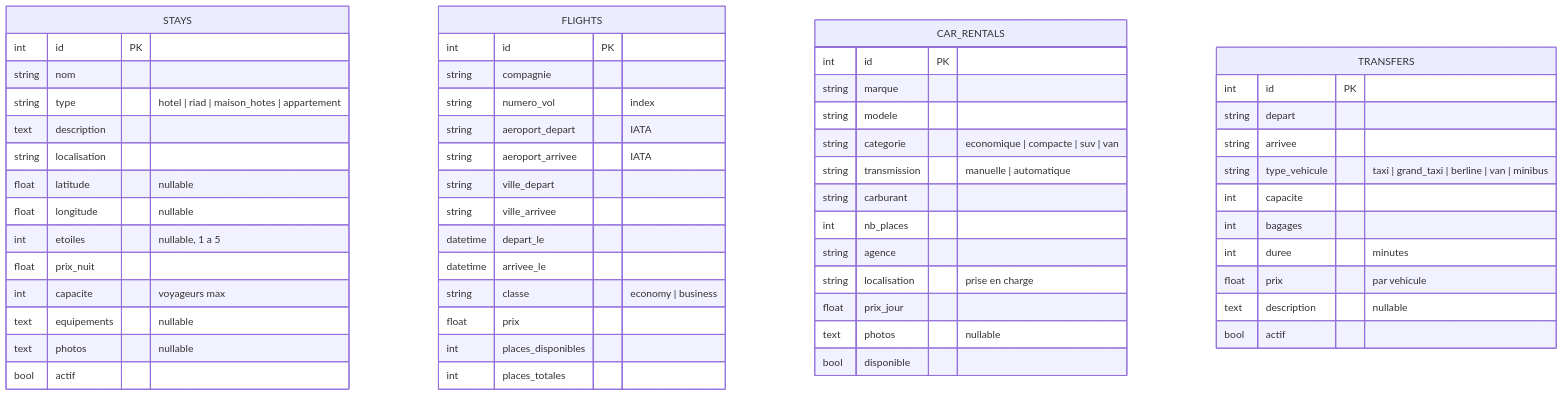
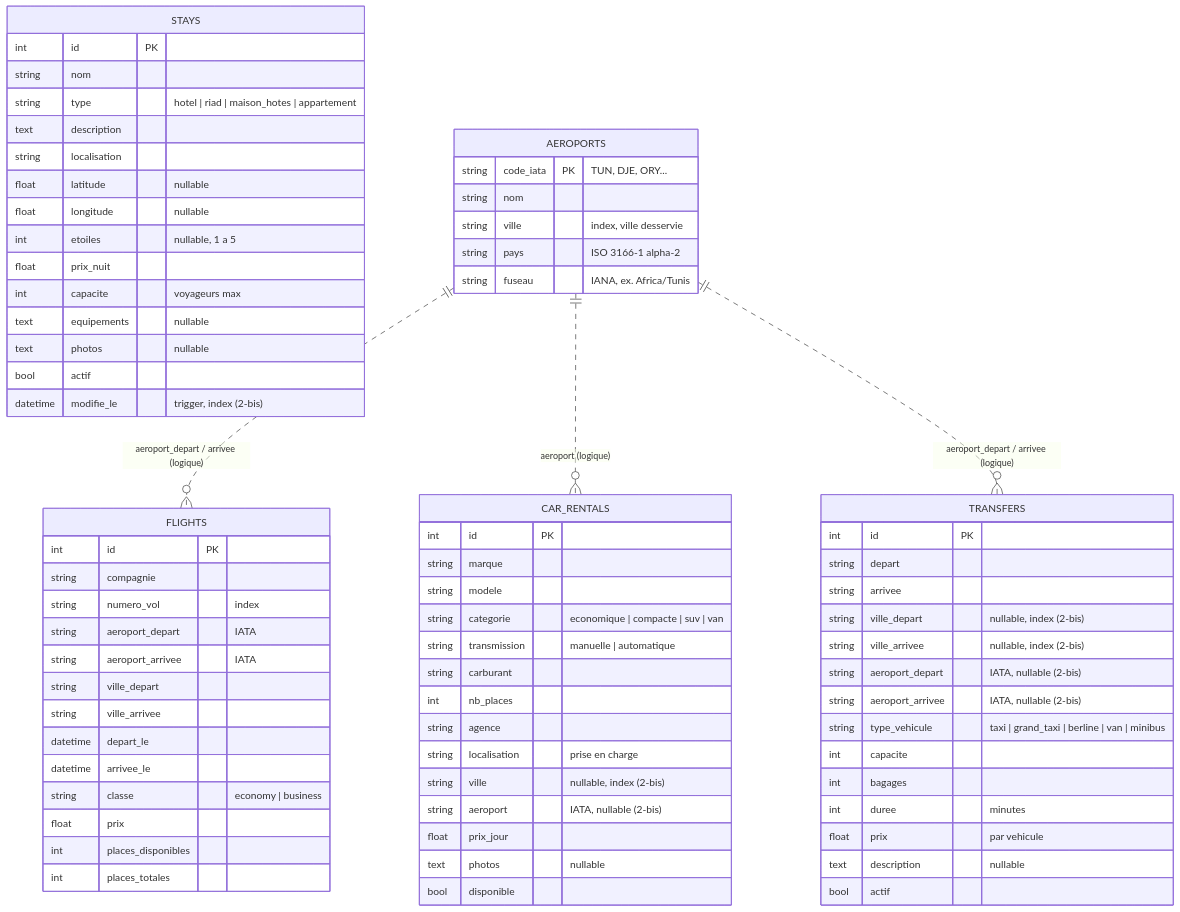
Before and after one commit to ALI0benjannet/voyara: the third of 8 diagrams in docs/mcd.md, drawn with Mermaid. The commit also changed other lines of this file and 26 other files, not shown here.

````diff
--- a/docs/mcd.md
+++ b/docs/mcd.md
@@ -114,59 +128,76 @@
 ```mermaid
 erDiagram
     STAYS {
         int id PK
         string nom
         string type "hotel | riad | maison_hotes | appartement"
         text description
         string localisation
         float latitude "nullable"
         float longitude "nullable"
         int etoiles "nullable, 1 a 5"
         float prix_nuit
         int capacite "voyageurs max"
         text equipements "nullable"
         text photos "nullable"
         bool actif
+        datetime modifie_le "trigger, index (2-bis)"
     }
     FLIGHTS {
         int id PK
         string compagnie
         string numero_vol "index"
         string aeroport_depart "IATA"
         string aeroport_arrivee "IATA"
         string ville_depart
         string ville_arrivee
         datetime depart_le
         datetime arrivee_le
         string classe "economy | business"
         float prix
         int places_disponibles
         int places_totales
     }
     CAR_RENTALS {
         int id PK
         string marque
         string modele
         string categorie "economique | compacte | suv | van"
         string transmission "manuelle | automatique"
         string carburant
         int nb_places
         string agence
         string localisation "prise en charge"
+        string ville "nullable, index (2-bis)"
+        string aeroport "IATA, nullable (2-bis)"
         float prix_jour
         text photos "nullable"
         bool disponible
     }
     TRANSFERS {
         int id PK
         string depart
         string arrivee
+        string ville_depart "nullable, index (2-bis)"
+        string ville_arrivee "nullable, index (2-bis)"
+        string aeroport_depart "IATA, nullable (2-bis)"
+        string aeroport_arrivee "IATA, nullable (2-bis)"
         string type_vehicule "taxi | grand_taxi | berline | van | minibus"
         int capacite
         int bagages
         int duree "minutes"
         float prix "par vehicule"
         text description "nullable"
         bool actif
     }
+    AEROPORTS {
+        string code_iata PK "TUN, DJE, ORY..."
+        string nom
+        string ville "index, ville desservie"
+        string pays "ISO 3166-1 alpha-2"
+        string fuseau "IANA, ex. Africa/Tunis"
+    }
+    AEROPORTS ||..o{ FLIGHTS : "aeroport_depart / arrivee (logique)"
+    AEROPORTS ||..o{ CAR_RENTALS : "aeroport (logique)"
+    AEROPORTS ||..o{ TRANSFERS : "aeroport_depart / arrivee (logique)"
 ```
````
